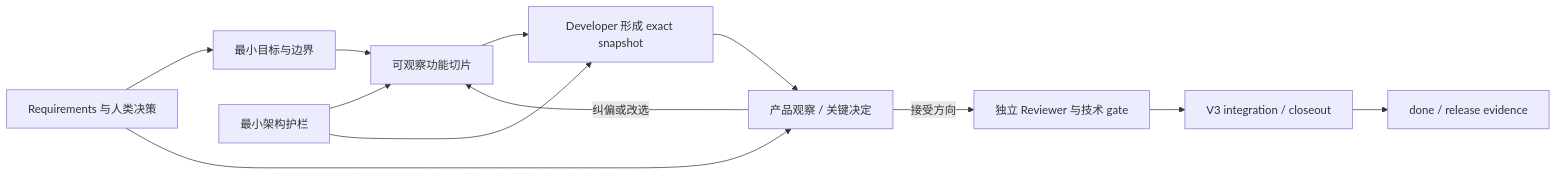
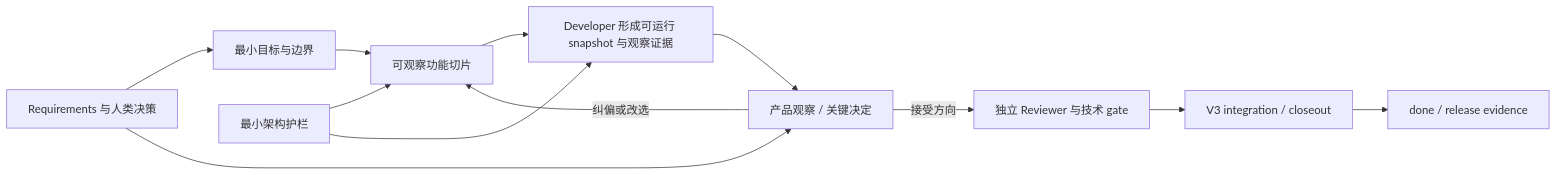
One commit to west899/codex-workflow-v4 changed the diagram in 改进建议.md. Above: the diagram before and after it, drawn with Mermaid. The commit also changed other lines of this file, not shown here.

````diff
--- a/改进建议.md
+++ b/改进建议.md
@@ -97,14 +98,14 @@
 ```mermaid
 flowchart LR
     A["最小目标与边界"] --> B["可观察功能切片"]
-    B --> C["Developer 形成 exact snapshot"]
+    B --> C["Developer 形成可运行 snapshot 与观察证据"]
     C --> D["产品观察 / 关键决定"]
     D -->|"接受方向"| E["独立 Reviewer 与技术 gate"]
     D -->|"纠偏或改选"| B
     E --> F["V3 integration / closeout"]
     F --> G["done / release evidence"]
     H["最小架构护栏"] --> B
     H --> C
     I["Requirements 与人类决策"] --> A
     I --> D
 ```
````
